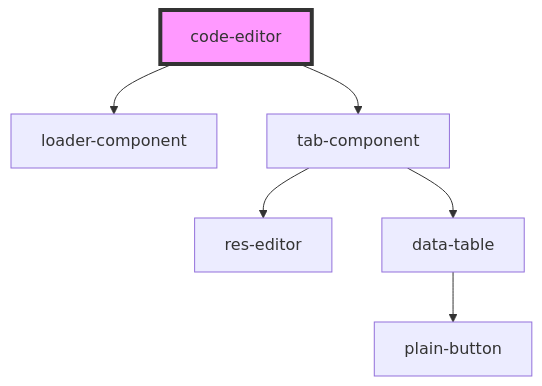
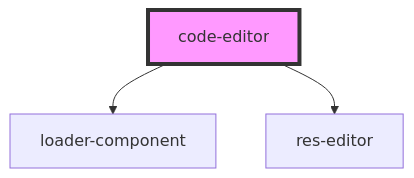
Before and after one commit to techvariable/NeptuneConnectComponents: the diagram in src/components/code-editor/readme.md, drawn with Mermaid. The commit also changed other lines of this file and 11 other files, not shown here.

````diff
--- a/src/components/code-editor/readme.md
+++ b/src/components/code-editor/readme.md
@@ -24,9 +24,6 @@
 ```mermaid
 graph TD;
   code-editor --> loader-component
-  code-editor --> tab-component
-  tab-component --> res-editor
-  tab-component --> data-table
-  data-table --> plain-button
+  code-editor --> res-editor
   style code-editor fill:#f9f,stroke:#333,stroke-width:4px
 ```
````
